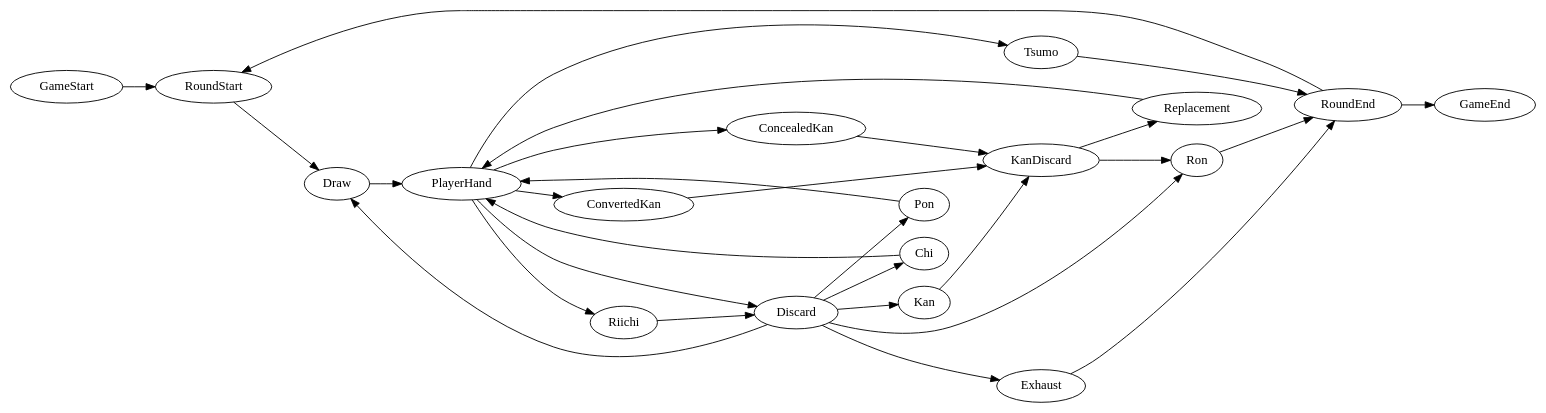
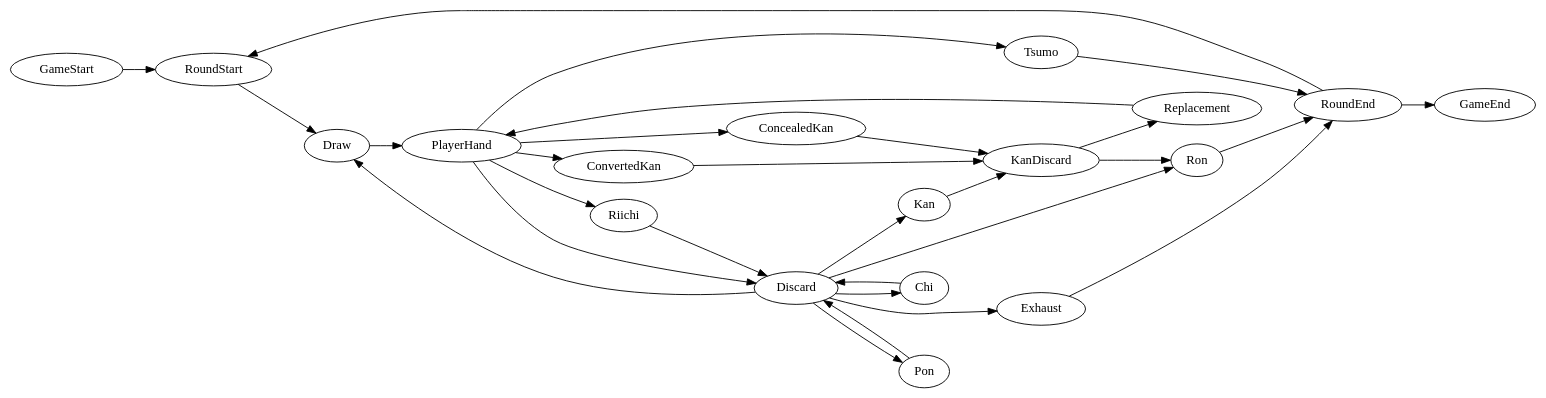
One commit to realliance/RiichiRoyale changed the diagram in docs/MahjongStateGraph.gv. Above: the diagram before and after it, drawn with Graphviz. The commit also changed 69 other files, not shown here.

```diff
--- a/docs/MahjongStateGraph.gv
+++ b/docs/MahjongStateGraph.gv
@@ -1,43 +1,43 @@
 digraph Mahjong {
   GameStart [rank=source]
   GameEnd [rank=sink]
   rankdir=LR
 
   Kan -> KanDiscard
   ConcealedKan -> KanDiscard
   ConvertedKan -> KanDiscard
   
   KanDiscard -> Replacement
   KanDiscard -> Ron
 
-  Chi -> PlayerHand
   Draw -> PlayerHand
   Replacement -> PlayerHand
-  Pon -> PlayerHand
     
+  Pon -> Discard
+  Chi -> Discard
   PlayerHand -> Discard
   Riichi -> Discard
   
   Exhaust -> RoundEnd
   Ron -> RoundEnd
   Tsumo -> RoundEnd
   
   RoundEnd -> RoundStart
   RoundEnd -> GameEnd
 
   PlayerHand -> Tsumo
   PlayerHand -> ConcealedKan
   PlayerHand -> ConvertedKan
   PlayerHand -> Riichi
 
   Discard -> Ron
   Discard -> Exhaust
   Discard -> Kan
   Discard -> Pon
   Discard -> Chi
 
   GameStart -> RoundStart
   
   RoundStart -> Draw
   Discard -> Draw
 }
```
